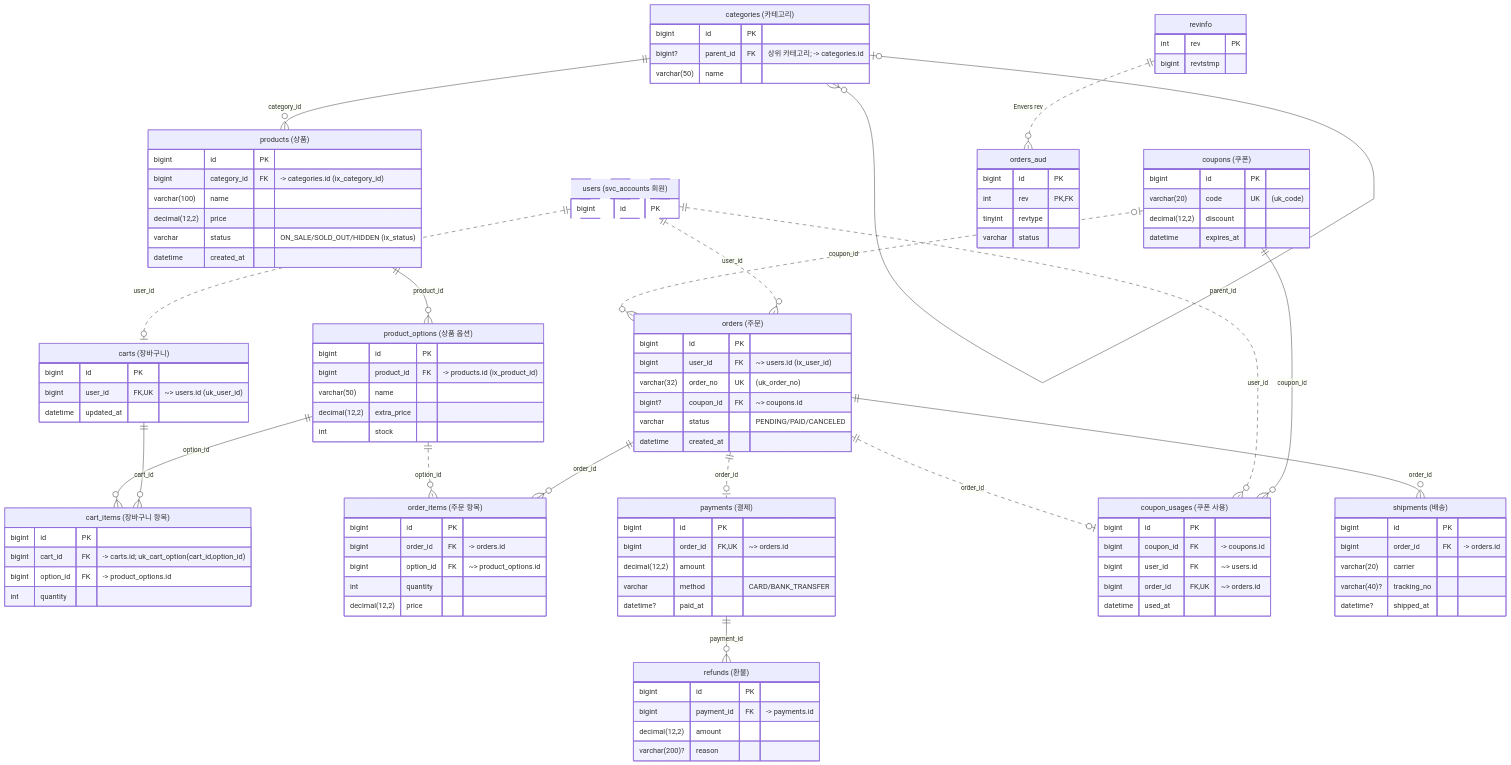
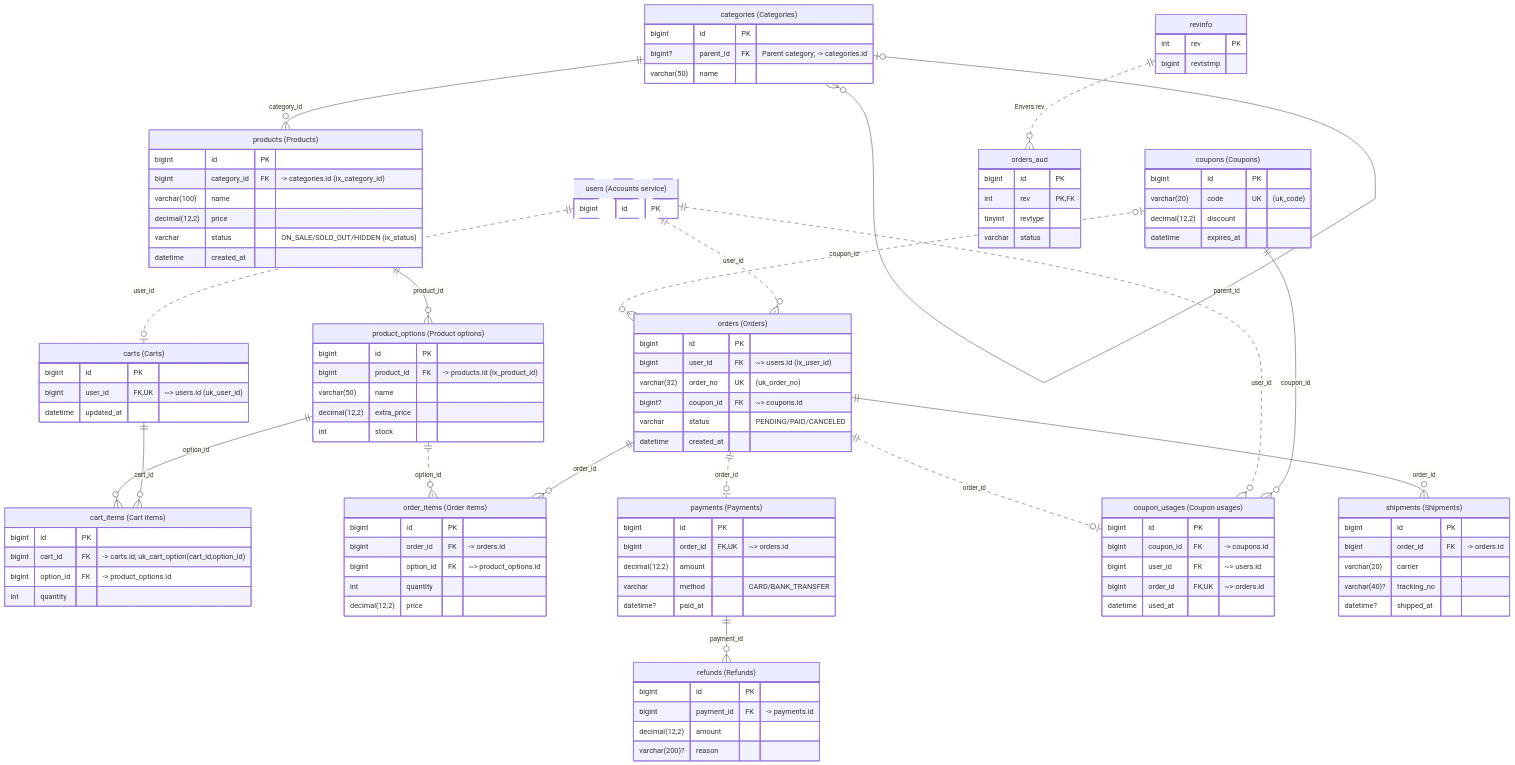
One commit to JHZLO/resin changed the diagram in examples/shop.mmd. Above: the diagram before and after it, drawn with Mermaid. The commit also changed 22 other files, not shown here.

```diff
--- a/examples/shop.mmd
+++ b/examples/shop.mmd
@@ -1,129 +1,129 @@
 erDiagram
     %% solid(--)=physical FK / dotted(..)=logical reference
     categories |o--o{ categories : "parent_id"
     categories ||--o{ products : "category_id"
     products ||--o{ product_options : "product_id"
     users ||..o| carts : "user_id"
     carts ||--o{ cart_items : "cart_id"
     product_options ||--o{ cart_items : "option_id"
     users ||..o{ orders : "user_id"
     coupons |o..o{ orders : "coupon_id"
     orders ||--o{ order_items : "order_id"
     product_options ||..o{ order_items : "option_id"
     orders ||..o| payments : "order_id"
     payments ||--o{ refunds : "payment_id"
     coupons ||--o{ coupon_usages : "coupon_id"
     users ||..o{ coupon_usages : "user_id"
     orders ||..o| coupon_usages : "order_id"
     orders ||--o{ shipments : "order_id"
 
     revinfo ||..o{ orders_aud : "Envers rev"
 
-    users["users (svc_accounts 회원)"]:::external {
+    users["users (Accounts service)"]:::external {
         bigint id PK
     }
 
-    categories["categories (카테고리)"] {
+    categories["categories (Categories)"] {
         bigint id PK
-        bigint? parent_id FK "상위 카테고리; -> categories.id"
+        bigint? parent_id FK "Parent category; -> categories.id"
         varchar(50) name
     }
 
-    products["products (상품)"] {
+    products["products (Products)"] {
         bigint id PK
         bigint category_id FK "-> categories.id (ix_category_id)"
         varchar(100) name
         decimal(12,2) price
         varchar status "ON_SALE/SOLD_OUT/HIDDEN (ix_status)"
         datetime created_at
     }
 
-    product_options["product_options (상품 옵션)"] {
+    product_options["product_options (Product options)"] {
         bigint id PK
         bigint product_id FK "-> products.id (ix_product_id)"
         varchar(50) name
         decimal(12,2) extra_price
         int stock
     }
 
-    carts["carts (장바구니)"] {
+    carts["carts (Carts)"] {
         bigint id PK
         bigint user_id FK,UK "~> users.id (uk_user_id)"
         datetime updated_at
     }
 
-    cart_items["cart_items (장바구니 항목)"] {
+    cart_items["cart_items (Cart items)"] {
         bigint id PK
         bigint cart_id FK "-> carts.id; uk_cart_option(cart_id,option_id)"
         bigint option_id FK "-> product_options.id"
         int quantity
     }
 
-    coupons["coupons (쿠폰)"] {
+    coupons["coupons (Coupons)"] {
         bigint id PK
         varchar(20) code UK "(uk_code)"
         decimal(12,2) discount
         datetime expires_at
     }
 
-    orders["orders (주문)"] {
+    orders["orders (Orders)"] {
         bigint id PK
         bigint user_id FK "~> users.id (ix_user_id)"
         varchar(32) order_no UK "(uk_order_no)"
         bigint? coupon_id FK "~> coupons.id"
         varchar status "PENDING/PAID/CANCELED"
         datetime created_at
     }
 
-    order_items["order_items (주문 항목)"] {
+    order_items["order_items (Order items)"] {
         bigint id PK
         bigint order_id FK "-> orders.id"
         bigint option_id FK "~> product_options.id"
         int quantity
         decimal(12,2) price
     }
 
-    payments["payments (결제)"] {
+    payments["payments (Payments)"] {
         bigint id PK
         bigint order_id FK,UK "~> orders.id"
         decimal(12,2) amount
         varchar method "CARD/BANK_TRANSFER"
         datetime? paid_at
     }
 
-    refunds["refunds (환불)"] {
+    refunds["refunds (Refunds)"] {
         bigint id PK
         bigint payment_id FK "-> payments.id"
         decimal(12,2) amount
         varchar(200)? reason
     }
 
-    coupon_usages["coupon_usages (쿠폰 사용)"] {
+    coupon_usages["coupon_usages (Coupon usages)"] {
         bigint id PK
         bigint coupon_id FK "-> coupons.id"
         bigint user_id FK "~> users.id"
         bigint order_id FK,UK "~> orders.id"
         datetime used_at
     }
 
-    shipments["shipments (배송)"] {
+    shipments["shipments (Shipments)"] {
         bigint id PK
         bigint order_id FK "-> orders.id"
         varchar(20) carrier
         varchar(40)? tracking_no
         datetime? shipped_at
     }
 
     revinfo {
         int rev PK
         bigint revtstmp
     }
 
     orders_aud {
         bigint id PK
         int rev PK,FK
         tinyint revtype
         varchar status
     }
 
     classDef external stroke-dasharray:4 3
```
